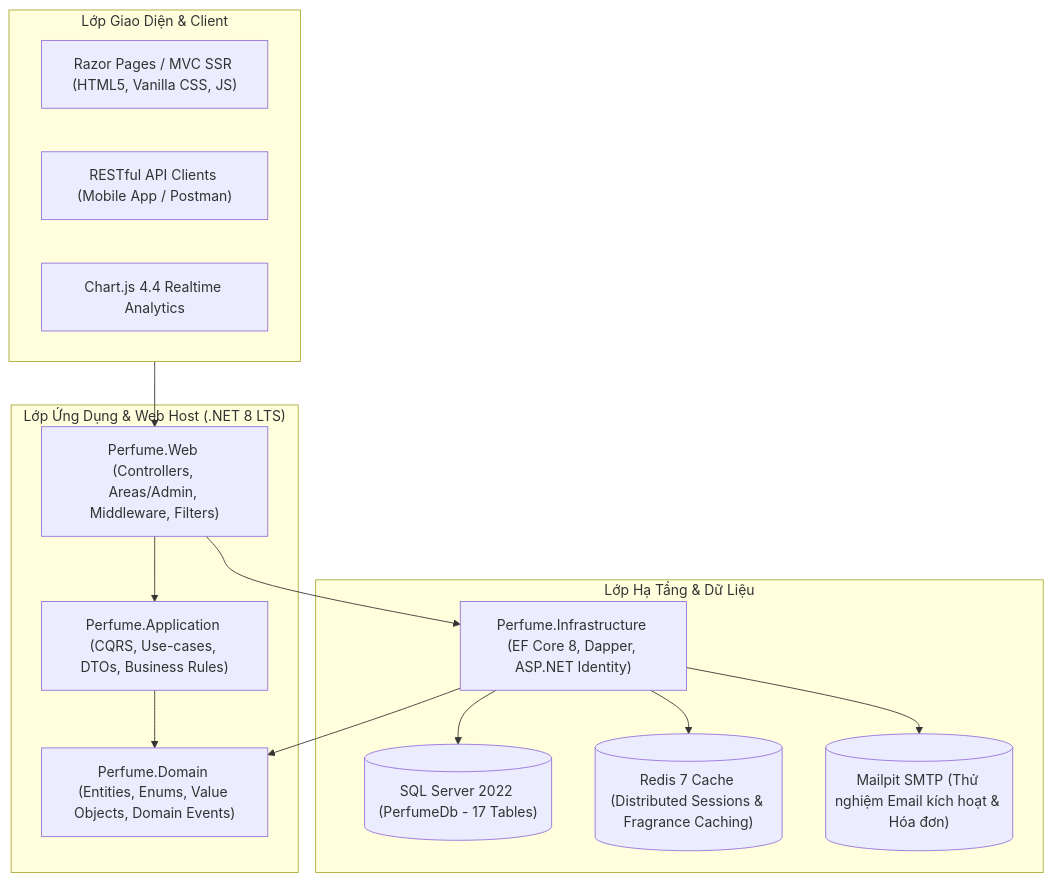
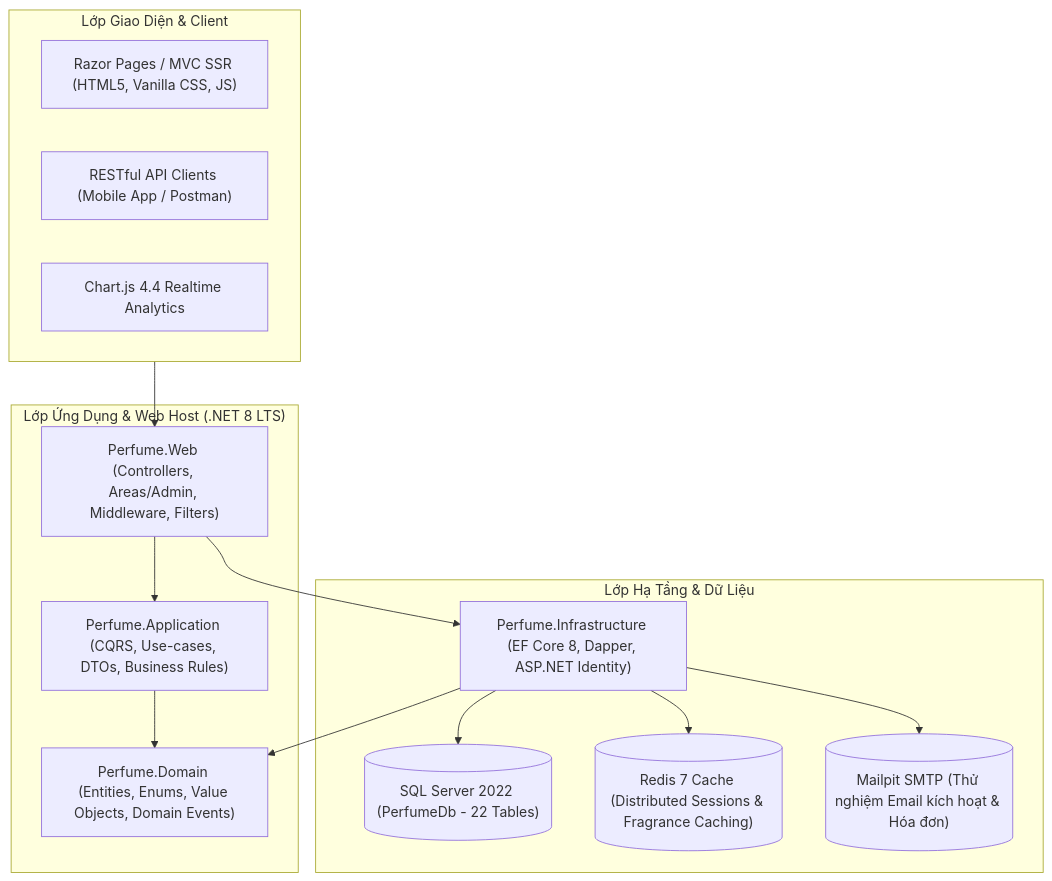
Before and after one commit to hieuwin10/perfume-luxe-ecommerce: the diagram in docs/README.md, drawn with Mermaid. The commit also changed other lines of this file and 33 other files, not shown here.

````diff
--- a/docs/README.md
+++ b/docs/README.md
@@ -26,30 +27,30 @@
 ```mermaid
 flowchart TD
     subgraph Client["Lớp Giao Diện & Client"]
         Web["Razor Pages / MVC SSR (HTML5, Vanilla CSS, JS)"]
         Mobile["RESTful API Clients (Mobile App / Postman)"]
         Chart["Chart.js 4.4 Realtime Analytics"]
     end
 
     subgraph AppLayer["Lớp Ứng Dụng & Web Host (.NET 8 LTS)"]
         WebProject["Perfume.Web (Controllers, Areas/Admin, Middleware, Filters)"]
         AppProject["Perfume.Application (CQRS, Use-cases, DTOs, Business Rules)"]
         DomainProject["Perfume.Domain (Entities, Enums, Value Objects, Domain Events)"]
     end
 
     subgraph InfraLayer["Lớp Hạ Tầng & Dữ Liệu"]
         InfraProject["Perfume.Infrastructure (EF Core 8, Dapper, ASP.NET Identity)"]
-        SqlDb[("SQL Server 2022 (PerfumeDb - 17 Tables)")]
+        SqlDb[("SQL Server 2022 (PerfumeDb - 22 Tables)")]
         RedisCache[("Redis 7 Cache (Distributed Sessions & Fragrance Caching)")]
         Mailpit[("Mailpit SMTP (Thử nghiệm Email kích hoạt & Hóa đơn)")]
     end
 
     Client --> WebProject
     WebProject --> AppProject
     AppProject --> DomainProject
     WebProject --> InfraProject
     InfraProject --> DomainProject
     InfraProject --> SqlDb
     InfraProject --> RedisCache
     InfraProject --> Mailpit
 ```
````
